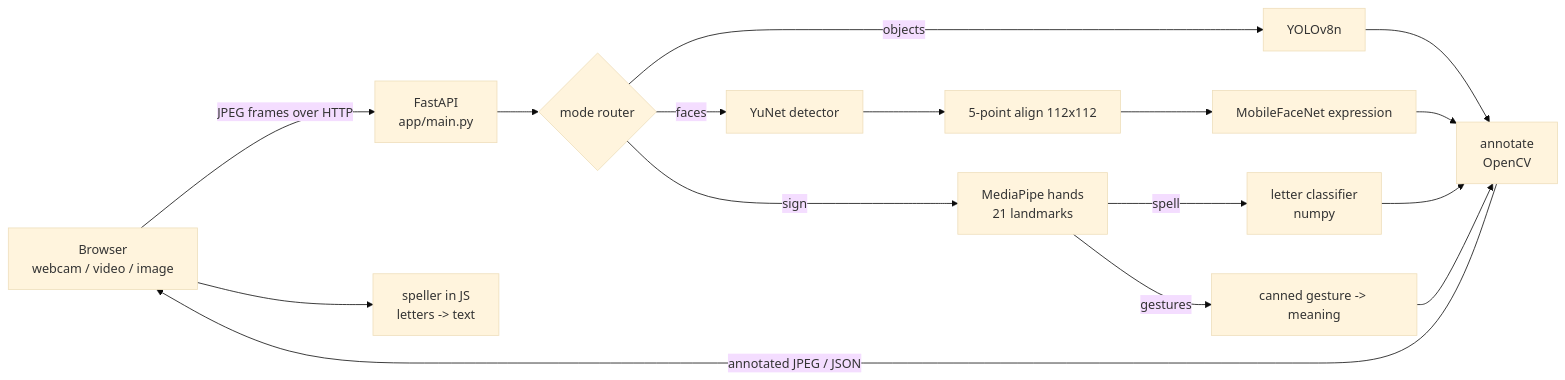
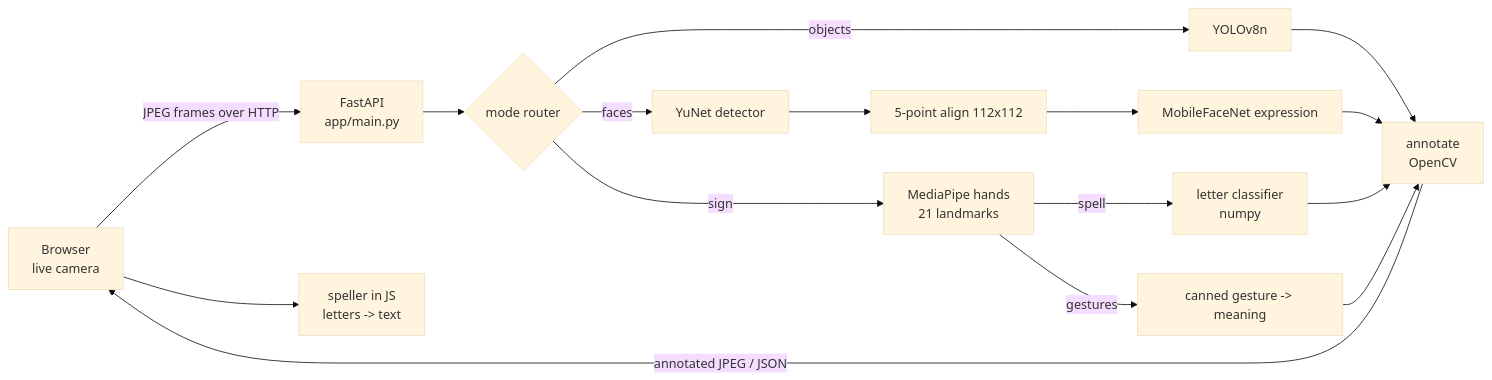
Before and after one commit to dhia-rek/ai-vision-detection: the diagram in README.md, drawn with Mermaid (base theme). The commit also changed other lines of this file and 11 other files, not shown here.

````diff
--- a/README.md
+++ b/README.md
@@ -54,16 +76,16 @@
 ```mermaid
 flowchart LR
-    UI[Browser<br/>webcam / video / image] -->|JPEG frames over HTTP| API[FastAPI<br/>app/main.py]
+    UI[Browser<br/>live camera] -->|JPEG frames over HTTP| API[FastAPI<br/>app/main.py]
     API --> R{mode router}
     R -->|objects| Y[YOLOv8n]
     R -->|faces| F[YuNet detector] --> AL[5-point align 112x112] --> M[MobileFaceNet expression]
     R -->|sign| H[MediaPipe hands<br/>21 landmarks]
     H -->|spell| L[letter classifier<br/>numpy]
     H -->|gestures| G[canned gesture -> meaning]
     Y --> A[annotate<br/>OpenCV]
     M --> A
     L --> A
     G --> A
     A -->|annotated JPEG / JSON| UI
     UI --> S[speller in JS<br/>letters -> text]
 ```
````
